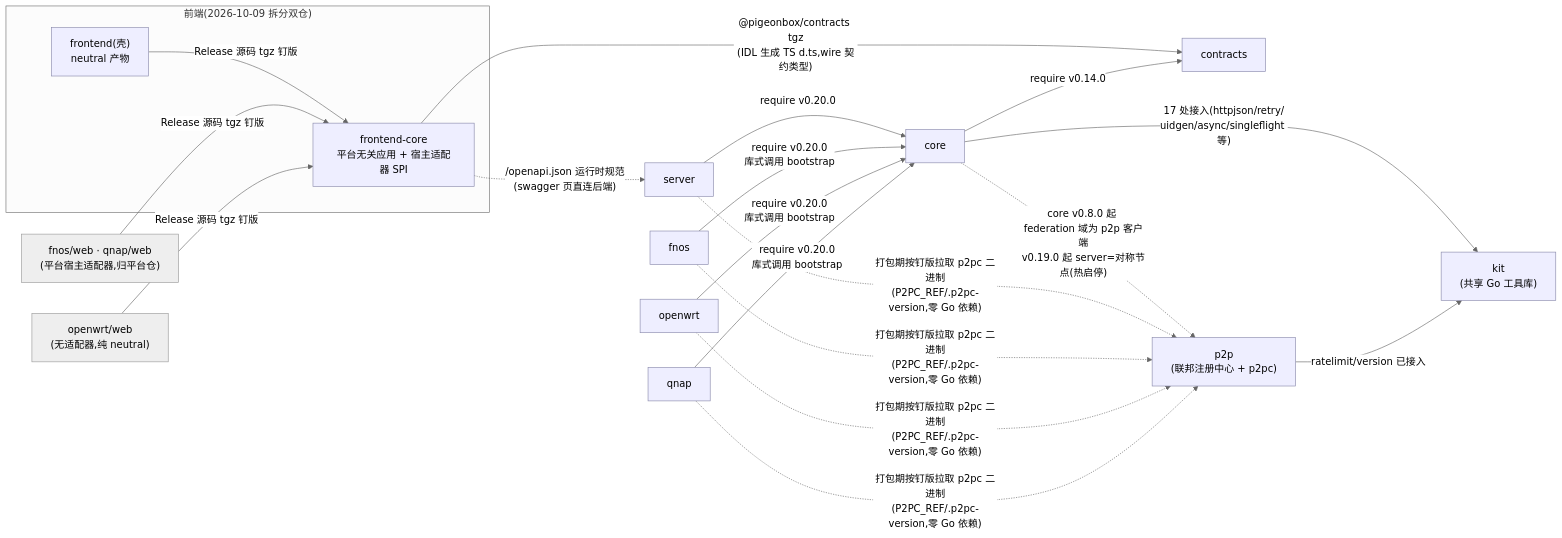
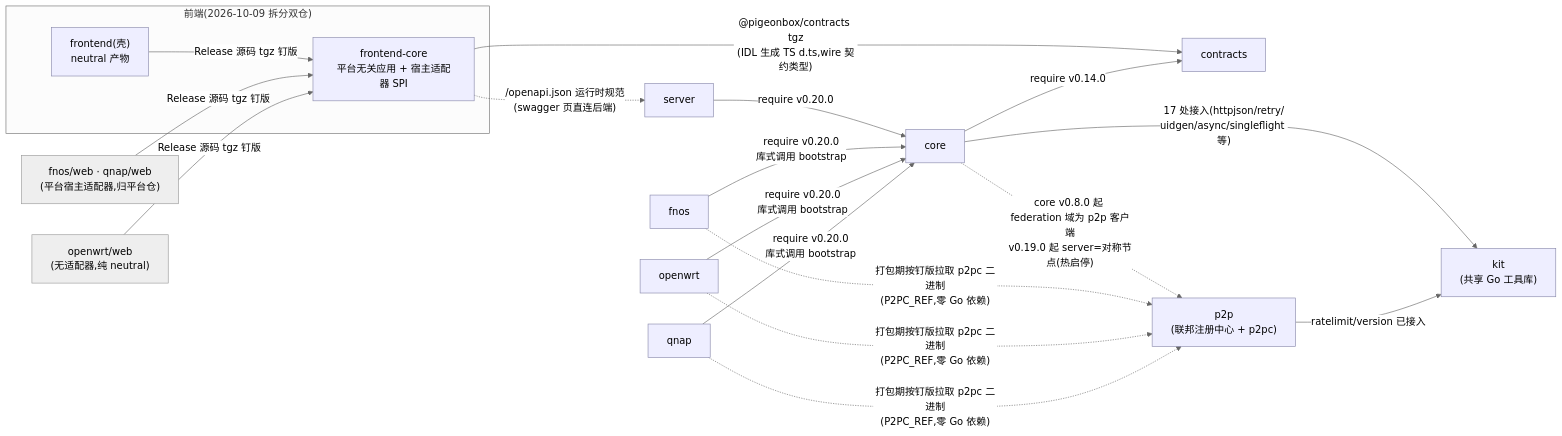
One commit to pigeonbox/pigeonbox changed the second of 10 diagrams in docs/architecture.md. Above: the diagram before and after it, drawn with Mermaid (neutral theme). The commit also changed other lines of this file and 1 other file, not shown here.

````diff
--- a/docs/architecture.md
+++ b/docs/architecture.md
@@ -50,26 +50,26 @@
 ```mermaid
 graph LR
     subgraph FEW["前端(2026-10-09 拆分双仓)"]
         FES["frontend(壳)<br/>neutral 产物"]
         FEC["frontend-core<br/>平台无关应用 + 宿主适配器 SPI"]
         FES -->|"Release 源码 tgz 钉版"| FEC
     end
     PW["fnos/web · qnap/web<br/>(平台宿主适配器,归平台仓)"] -->|"Release 源码 tgz 钉版"| FEC
     OWW["openwrt/web<br/>(无适配器,纯 neutral)"] -->|"Release 源码 tgz 钉版"| FEC
     FEC -->|"@pigeonbox/contracts tgz<br/>(IDL 生成 TS d.ts,wire 契约类型)"| CTX["contracts"]
     FEC -.->|"/openapi.json 运行时规范<br/>(swagger 页直连后端)"| SRV["server"]
     SRV -->|"require v0.20.0"| CORE["core"]
     FNOS["fnos"] -->|"require v0.20.0<br/>库式调用 bootstrap"| CORE
     OWRT["openwrt"] -->|"require v0.20.0<br/>库式调用 bootstrap"| CORE
     QNAPG["qnap"] -->|"require v0.20.0<br/>库式调用 bootstrap"| CORE
     CORE -->|"require v0.14.0"| CTX
     P2P["p2p<br/>(联邦注册中心 + p2pc)"]
     CORE -.->|"core v0.8.0 起 federation 域为 p2p 客户端<br/>v0.19.0 起 server=对称节点(热启停)"| P2P
-    SRV & FNOS & OWRT & QNAPG -.->|"打包期按钉版拉取 p2pc 二进制<br/>(P2PC_REF/.p2pc-version,零 Go 依赖)"| P2P
+    FNOS & OWRT & QNAPG -.->|"打包期按钉版拉取 p2pc 二进制<br/>(P2PC_REF,零 Go 依赖)"| P2P
     KIT["kit<br/>(共享 Go 工具库)"]
     CORE -->|"17 处接入(httpjson/retry/<br/>uidgen/async/singleflight 等)"| KIT
     P2P -->|"ratelimit/version 已接入"| KIT
 
     classDef plain fill:#eef,stroke:#88a
     class CTX,CORE,SRV,FES,FEC,FNOS,OWRT,QNAPG,P2P,KIT plain
 ```
````
